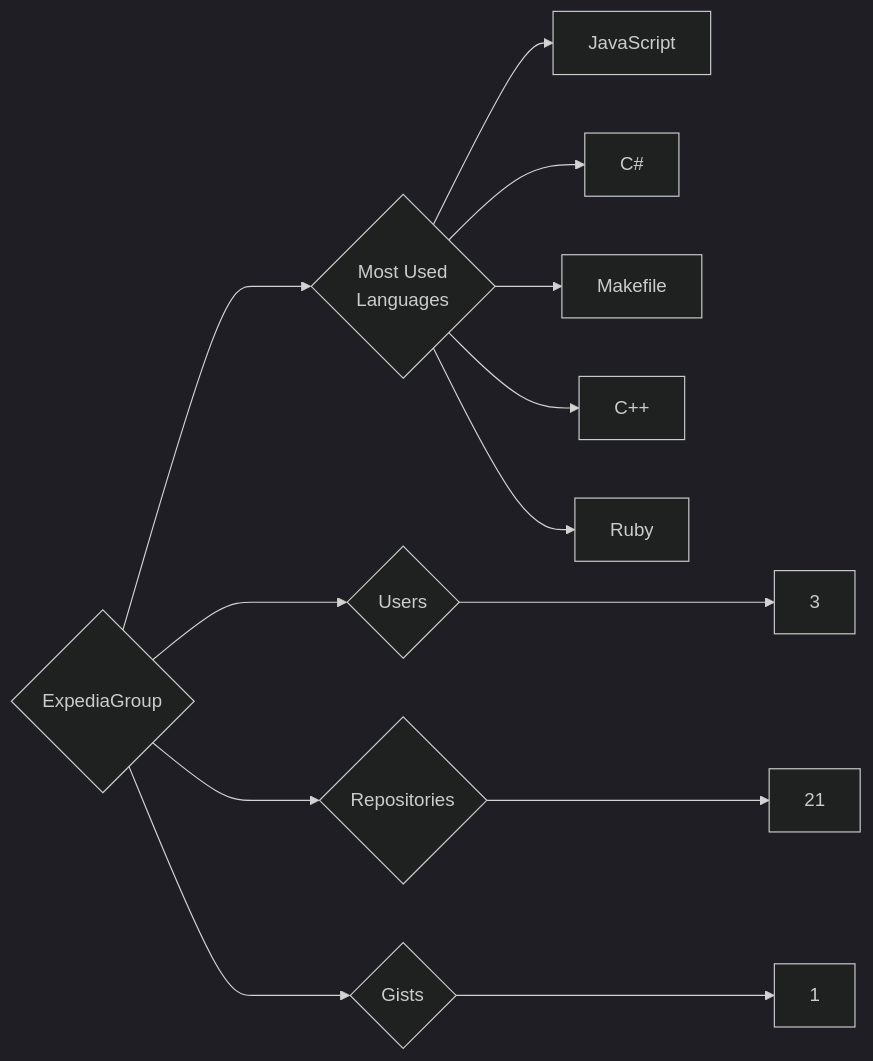
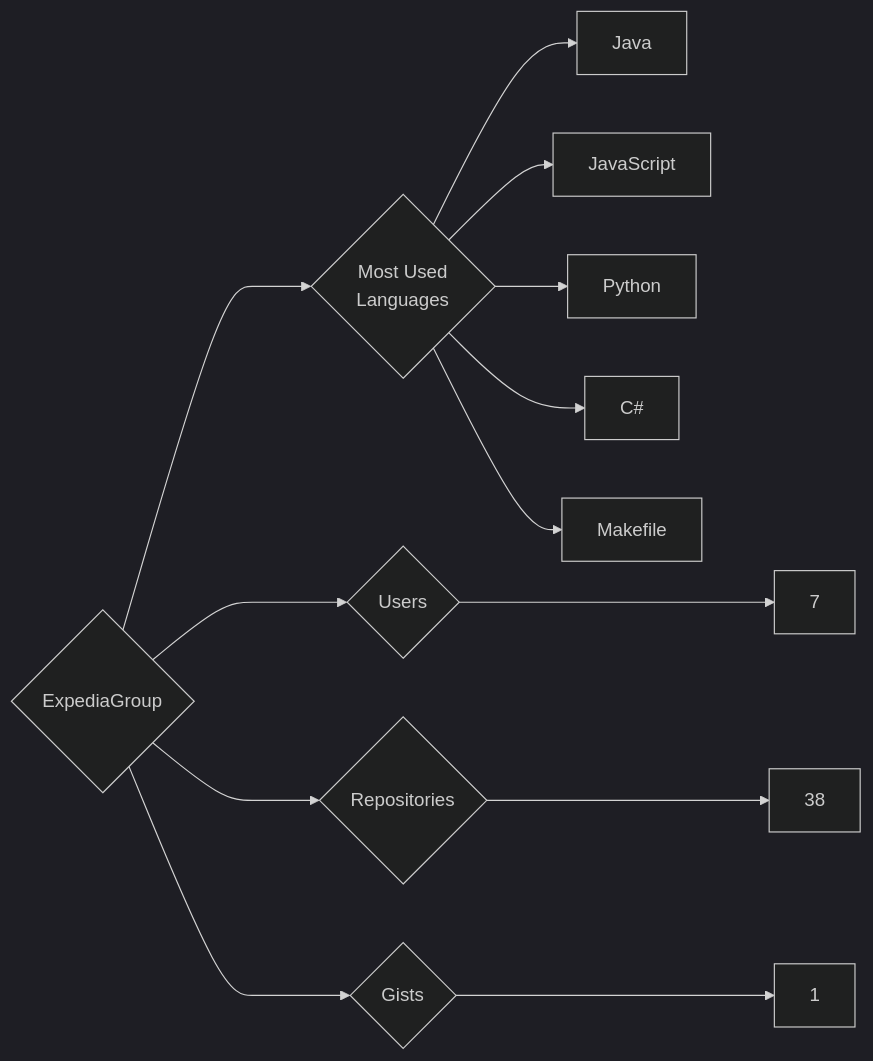
The diagram in targets/ExpediaGroup/README.md (trickest/insiders), drawn with Mermaid (dark theme) before and after one commit. The commit also changed 1078 other files, not shown here.

````diff
--- a/targets/ExpediaGroup/README.md
+++ b/targets/ExpediaGroup/README.md
@@ -3,13 +3,13 @@
 ```mermaid
 graph LR
 COMPANY_NAME{ExpediaGroup}
-COMPANY_NAME ---> U{Users} ---> UN[3]
-COMPANY_NAME ---> R{Repositories} ---> RN[21]
+COMPANY_NAME ---> U{Users} ---> UN[7]
+COMPANY_NAME ---> R{Repositories} ---> RN[38]
 COMPANY_NAME ---> G{Gists} ---> GN[1]
 COMPANY_NAME ---> ML{Most Used<br>Languages}
+ML --> Java[Java]
 ML --> JavaScript[JavaScript]
+ML --> Python[Python]
 ML --> C#[C#]
 ML --> Makefile[Makefile]
-ML --> C++[C++]
-ML --> Ruby[Ruby]
 ```
````
